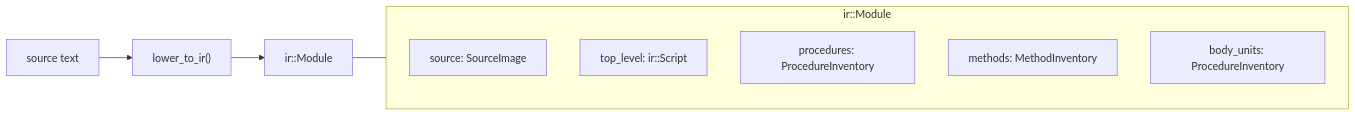
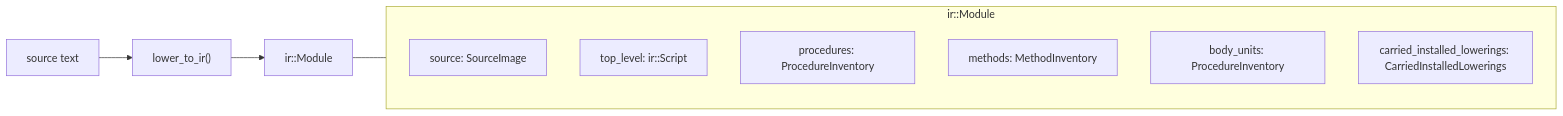
Before and after one commit to bitwisecook/tcl-lsp: the sixth of 20 diagrams in docs/design/compiler/architecture.md, drawn with Mermaid. The commit also changed other lines of this file and 67 other files, not shown here.

````diff
--- a/docs/design/compiler/architecture.md
+++ b/docs/design/compiler/architecture.md
@@ -247,16 +247,17 @@
 ```mermaid
 flowchart LR
     SRC["source text"] --> LOW["lower_to_ir()"]
     LOW --> MOD["ir::Module"]
 
     subgraph ir::Module
         direction TB
         SO["source: SourceImage"]
         TL["top_level: ir::Script"]
         PD["procedures: ProcedureInventory"]
         ME["methods: MethodInventory"]
         BU["body_units: ProcedureInventory"]
+        CIL["carried_installed_lowerings: CarriedInstalledLowerings"]
     end
 
     MOD --- ir::Module
 ```
````
